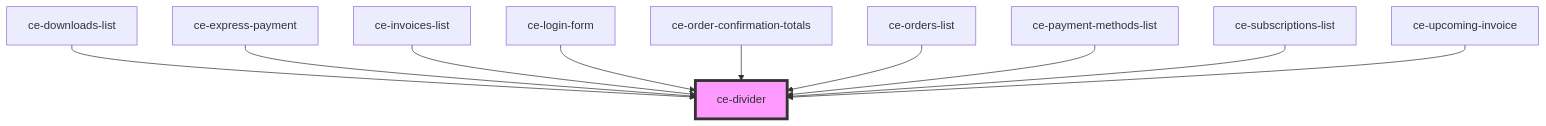
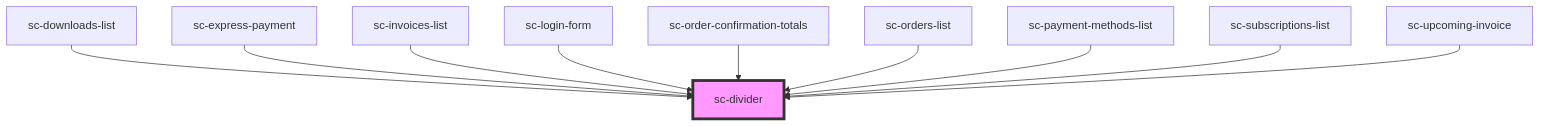
Before and after one commit to surecart/surecart-wp-plugin: the diagram in packages/components/src/components/ui/divider/readme.md, drawn with Mermaid. The commit also changed other lines of this file and 1281 other files, not shown here.

````diff
--- a/packages/components/src/components/ui/divider/readme.md
+++ b/packages/components/src/components/ui/divider/readme.md
@@ -32,13 +32,13 @@
 ```mermaid
 graph TD;
-  ce-downloads-list --> ce-divider
-  ce-express-payment --> ce-divider
-  ce-invoices-list --> ce-divider
-  ce-login-form --> ce-divider
-  ce-order-confirmation-totals --> ce-divider
-  ce-orders-list --> ce-divider
-  ce-payment-methods-list --> ce-divider
-  ce-subscriptions-list --> ce-divider
-  ce-upcoming-invoice --> ce-divider
-  style ce-divider fill:#f9f,stroke:#333,stroke-width:4px
+  sc-downloads-list --> sc-divider
+  sc-express-payment --> sc-divider
+  sc-invoices-list --> sc-divider
+  sc-login-form --> sc-divider
+  sc-order-confirmation-totals --> sc-divider
+  sc-orders-list --> sc-divider
+  sc-payment-methods-list --> sc-divider
+  sc-subscriptions-list --> sc-divider
+  sc-upcoming-invoice --> sc-divider
+  style sc-divider fill:#f9f,stroke:#333,stroke-width:4px
 ```
````
